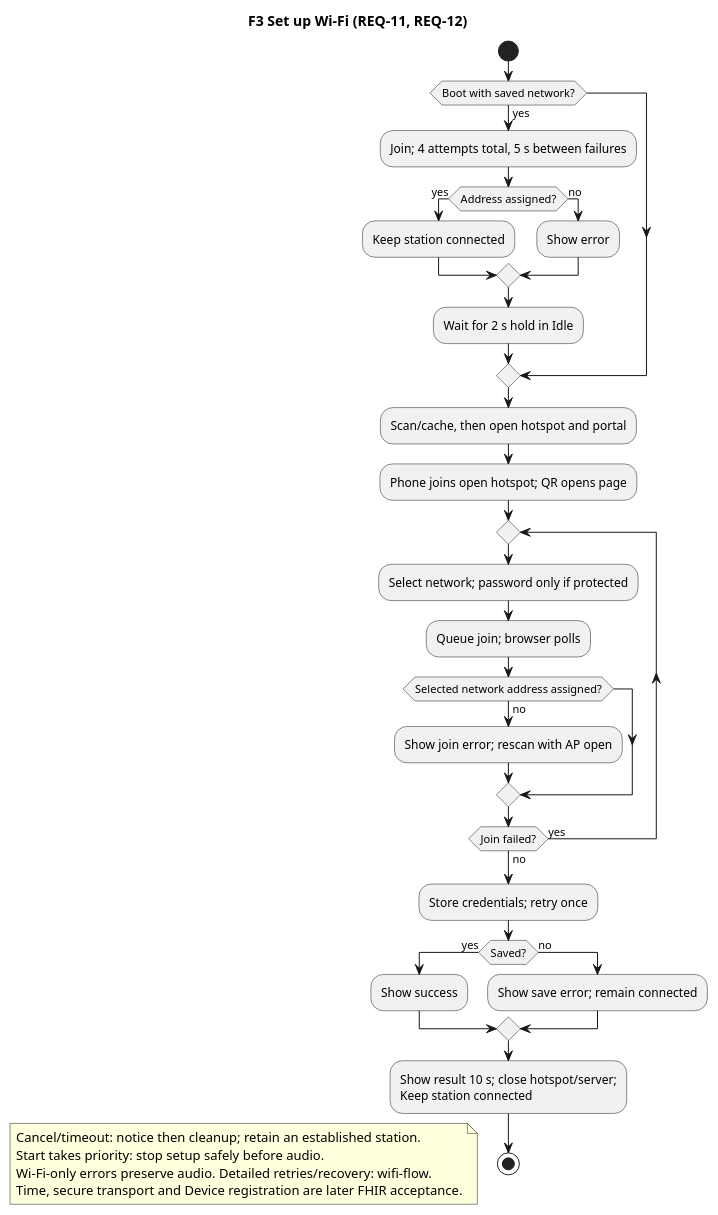
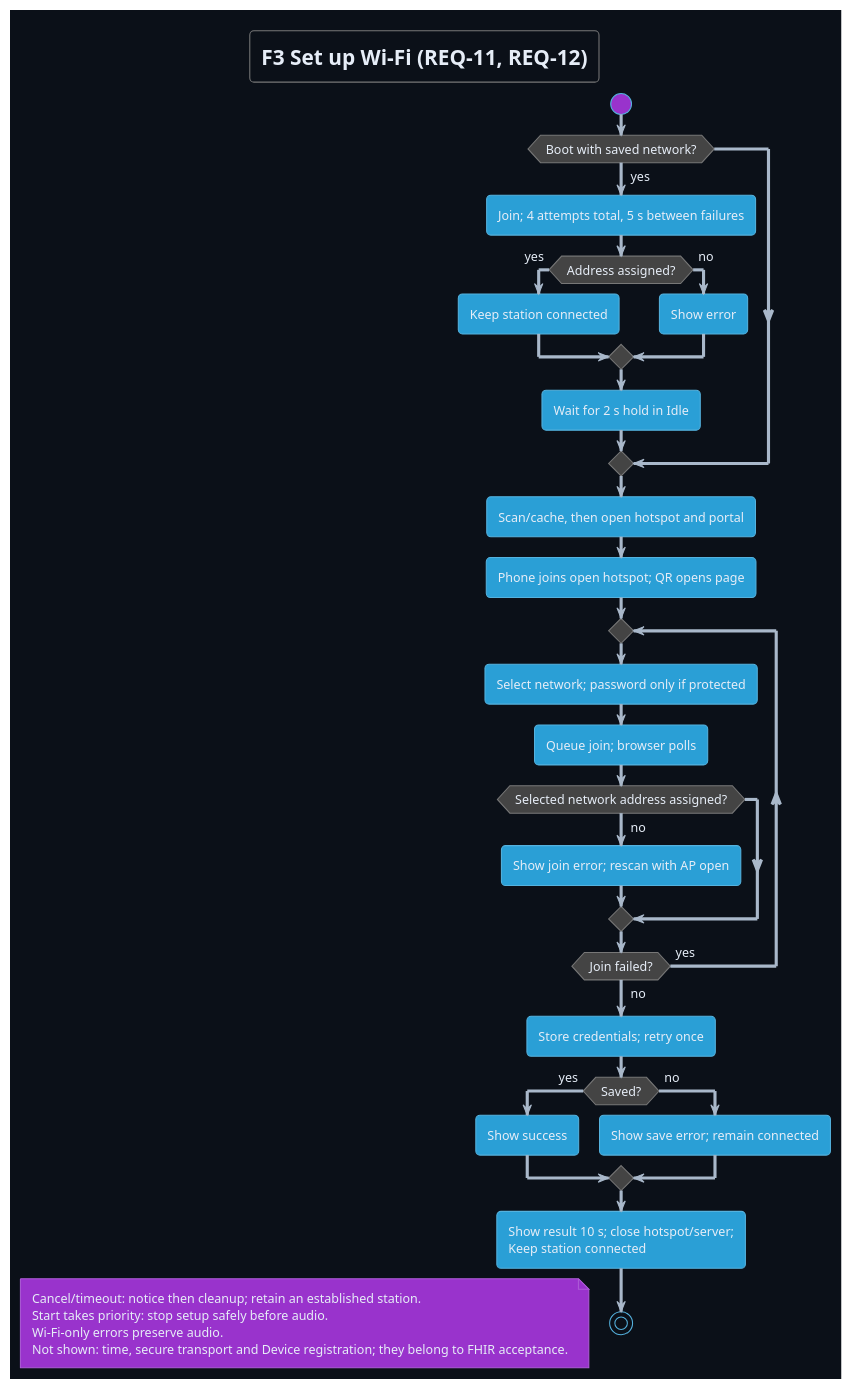
One commit to DemonicPsychoII/DigitalStethoscope changed the diagram in Development/system/requirements/use-cases/uc-03-set-up-wifi.puml. Above: the diagram before and after it, drawn with PlantUML. The commit also changed 40 other files, not shown here.

```diff
--- a/Development/system/requirements/use-cases/uc-03-set-up-wifi.puml
+++ b/Development/system/requirements/use-cases/uc-03-set-up-wifi.puml
@@ -1,38 +1,42 @@
 @startuml uc_03_set_up_wifi
+!theme cyborg
 skinparam shadowing false
 skinparam defaultFontName SansSerif
+skinparam backgroundColor #0b1018
+skinparam defaultFontColor #e6edf7
+skinparam ArrowColor #a9b8ca
 title F3 Set up Wi-Fi (REQ-11, REQ-12)
 start
 if (Boot with saved network?) then (yes)
  :Join; 4 attempts total, 5 s between failures;
  if (Address assigned?) then (yes)
   :Keep station connected;
  else (no)
   :Show error;
  endif
  :Wait for 2 s hold in Idle;
 endif
 :Scan/cache, then open hotspot and portal;
 :Phone joins open hotspot; QR opens page;
 repeat
 :Select network; password only if protected;
 :Queue join; browser polls;
 if (Selected network address assigned?) then (no)
  :Show join error; rescan with AP open;
 endif
 repeat while (Join failed?) is (yes) not (no)
  :Store credentials; retry once;
  if (Saved?) then (yes)
   :Show success;
  else (no)
   :Show save error; remain connected;
  endif
  :Show result 10 s; close hotspot/server;\nKeep station connected;
 stop
 floating note
  Cancel/timeout: notice then cleanup; retain an established station.
  Start takes priority: stop setup safely before audio.
- Wi-Fi-only errors preserve audio. Detailed retries/recovery: wifi-flow.
- Time, secure transport and Device registration are later FHIR acceptance.
+ Wi-Fi-only errors preserve audio.
+ Not shown: time, secure transport and Device registration; they belong to FHIR acceptance.
 end note
 @enduml
```
